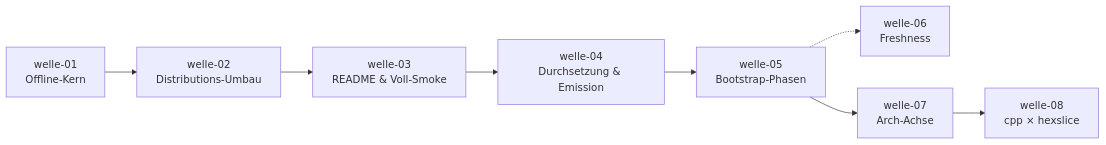
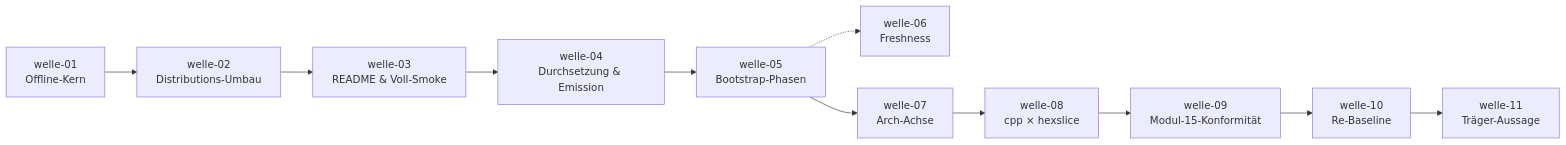
Before and after one commit to pt9912/ai-harness-init: the diagram in docs/plan/planning/in-progress/roadmap.md, drawn with Mermaid. The commit also changed other lines of this file and 4 other files, not shown here.

````diff
--- a/docs/plan/planning/in-progress/roadmap.md
+++ b/docs/plan/planning/in-progress/roadmap.md
@@ -73,14 +83,18 @@
 ```mermaid
 flowchart LR
     W1[welle-01<br/>Offline-Kern]
     W2[welle-02<br/>Distributions-Umbau]
     W3[welle-03<br/>README & Voll-Smoke]
     W4[welle-04<br/>Durchsetzung & Emission]
     W5[welle-05<br/>Bootstrap-Phasen]
     W6[welle-06<br/>Freshness]
     W7[welle-07<br/>Arch-Achse]
     W8[welle-08<br/>cpp × hexslice]
+    W9[welle-09<br/>Modul-15-Konformität]
+    W10[welle-10<br/>Re-Baseline]
+    W11[welle-11<br/>Träger-Aussage]
     W1 --> W2 --> W3 --> W4 --> W5
     W5 -.-> W6
     W5 --> W7 --> W8
+    W8 --> W9 --> W10 --> W11
 ```
````
